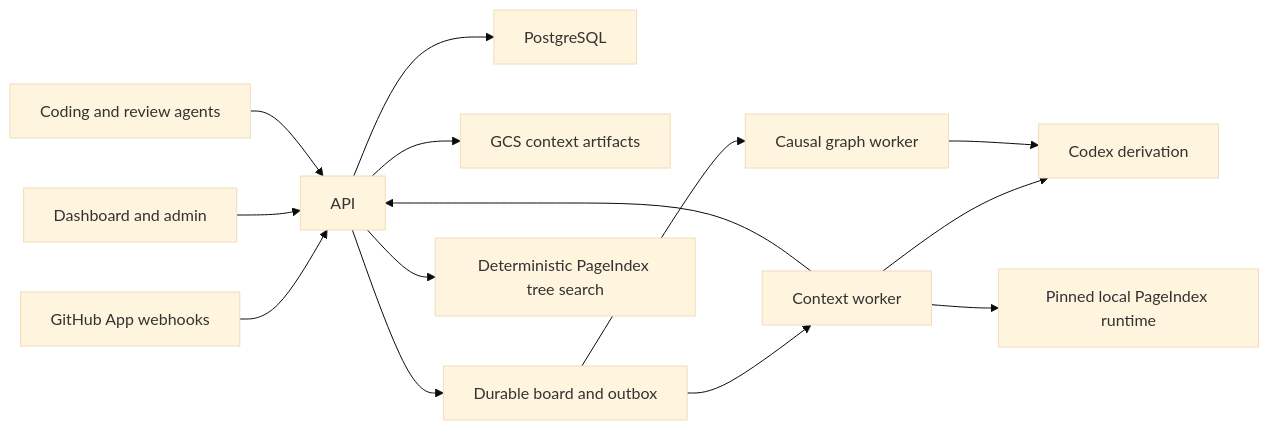
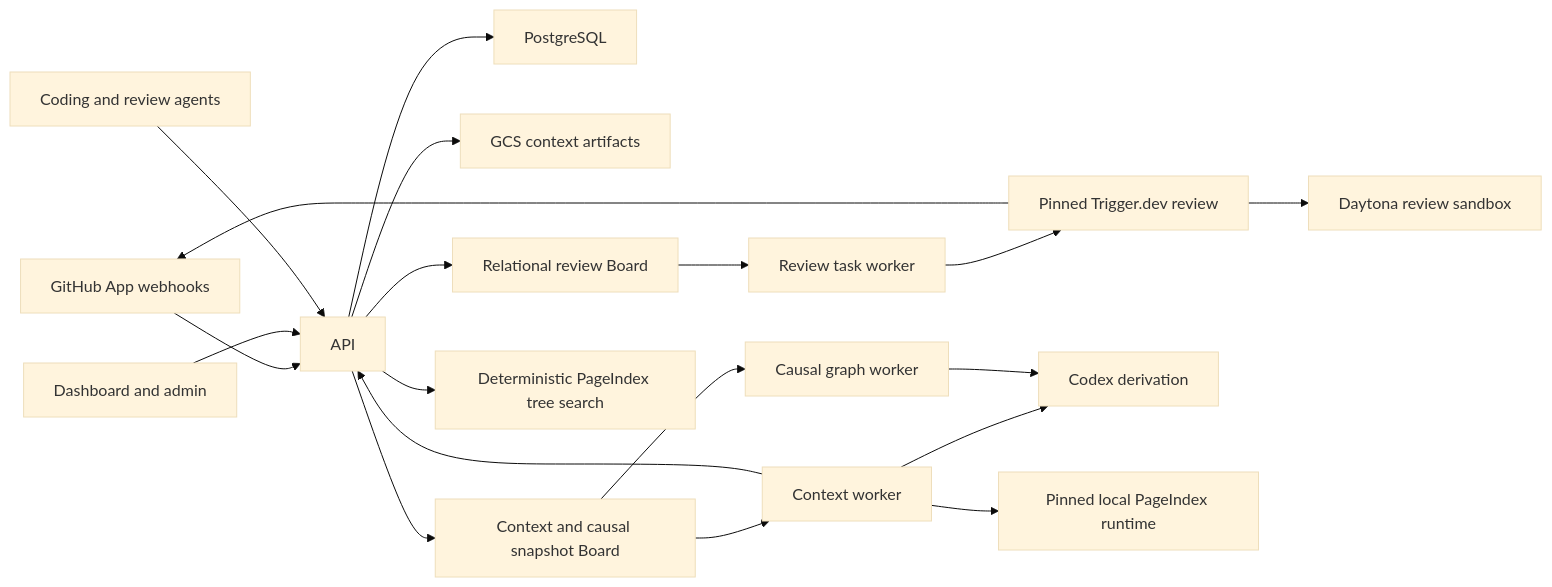
The diagram in docs/ARCHITECTURE.md (keon/jina-context-wiki-e2e-20260808), drawn with Mermaid (base theme) before and after one commit. The commit also changed other lines of this file and 331 other files, not shown here.

````diff
--- a/docs/ARCHITECTURE.md
+++ b/docs/ARCHITECTURE.md
@@ -14,16 +15,21 @@
 ```mermaid
 flowchart LR
     GH["GitHub App webhooks"] --> API["API"]
     UI["Dashboard and admin"] --> API
     MCP["Coding and review agents"] --> API
     API --> PG["PostgreSQL"]
     API --> GCS["GCS context artifacts"]
-    API --> BOARD["Durable board and outbox"]
-    BOARD --> WORKER["Context worker"]
-    BOARD --> CAUSAL["Causal graph worker"]
+    API --> REVIEW_BOARD["Relational review Board"]
+    REVIEW_BOARD --> TASK["Review task worker"]
+    TASK --> TRIGGER["Pinned Trigger.dev review"]
+    TRIGGER --> DAYTONA["Daytona review sandbox"]
+    TRIGGER --> GH
+    API --> SNAPSHOT_BOARD["Context and causal snapshot Board"]
+    SNAPSHOT_BOARD --> WORKER["Context worker"]
+    SNAPSHOT_BOARD --> CAUSAL["Causal graph worker"]
     WORKER --> CODEX["Codex derivation"]
     CAUSAL --> CODEX
     WORKER --> PI["Pinned local PageIndex runtime"]
     WORKER --> API
     API --> SEARCH["Deterministic PageIndex tree search"]
 ```
````
